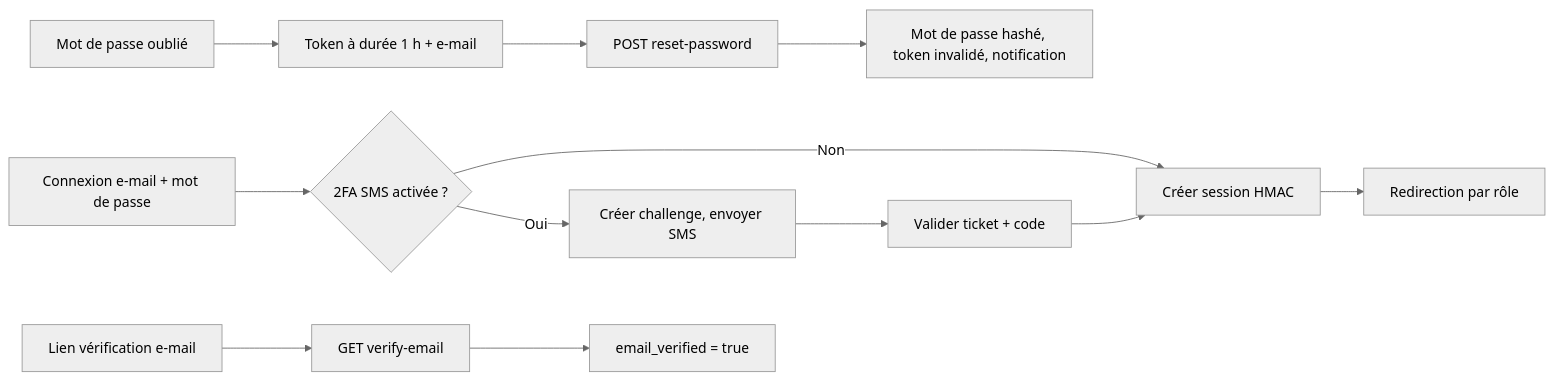
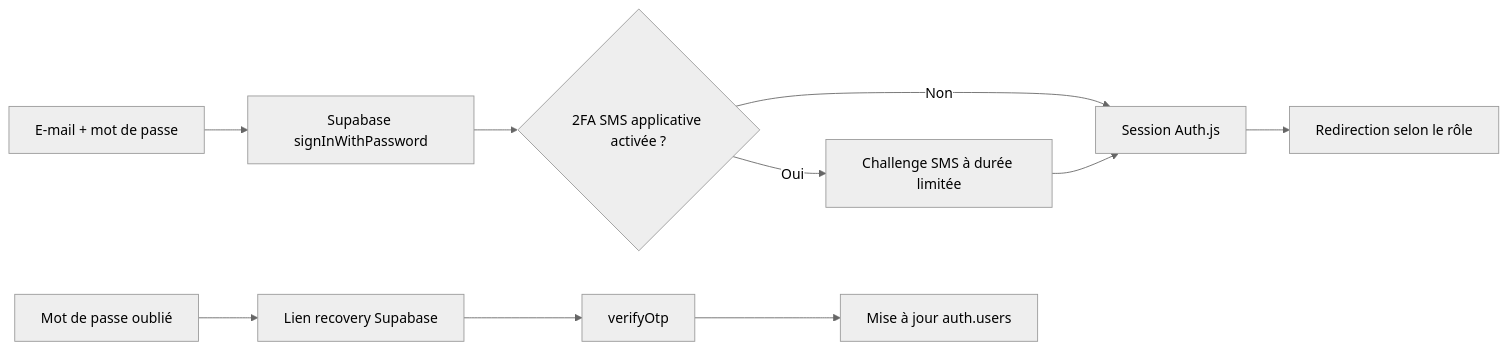
The third of 3 diagrams in docs/workflows/01-onboarding-auth.md (LordVERTON/SIKASCHOOL-website), drawn with Mermaid (neutral theme) before and after one commit. The commit also changed other lines of this file and 7 other files, not shown here.

Commit message:
docs(auth): document Supabase Auth migration

````diff
--- a/docs/workflows/01-onboarding-auth.md
+++ b/docs/workflows/01-onboarding-auth.md
@@ -64,14 +64,12 @@
 ```mermaid
 flowchart LR
-  A[Connexion e-mail + mot de passe] --> B{2FA SMS activée ?}
-  B -- Non --> C[Créer session HMAC]
-  B -- Oui --> D[Créer challenge, envoyer SMS]
-  D --> E[Valider ticket + code]
-  E --> C
-  C --> F[Redirection par rôle]
-  G[Mot de passe oublié] --> H[Token à durée 1 h + e-mail]
-  H --> I[POST reset-password]
-  I --> J[Mot de passe hashé, token invalidé, notification]
-  K[Lien vérification e-mail] --> L[GET verify-email]
-  L --> M[email_verified = true]
+  A[E-mail + mot de passe] --> B[Supabase signInWithPassword]
+  B --> C{2FA SMS applicative activée ?}
+  C -- Non --> D[Session Auth.js]
+  C -- Oui --> E[Challenge SMS à durée limitée]
+  E --> D
+  D --> F[Redirection selon le rôle]
+  G[Mot de passe oublié] --> H[Lien recovery Supabase]
+  H --> I[verifyOtp]
+  I --> J[Mise à jour auth.users]
 ```
````
